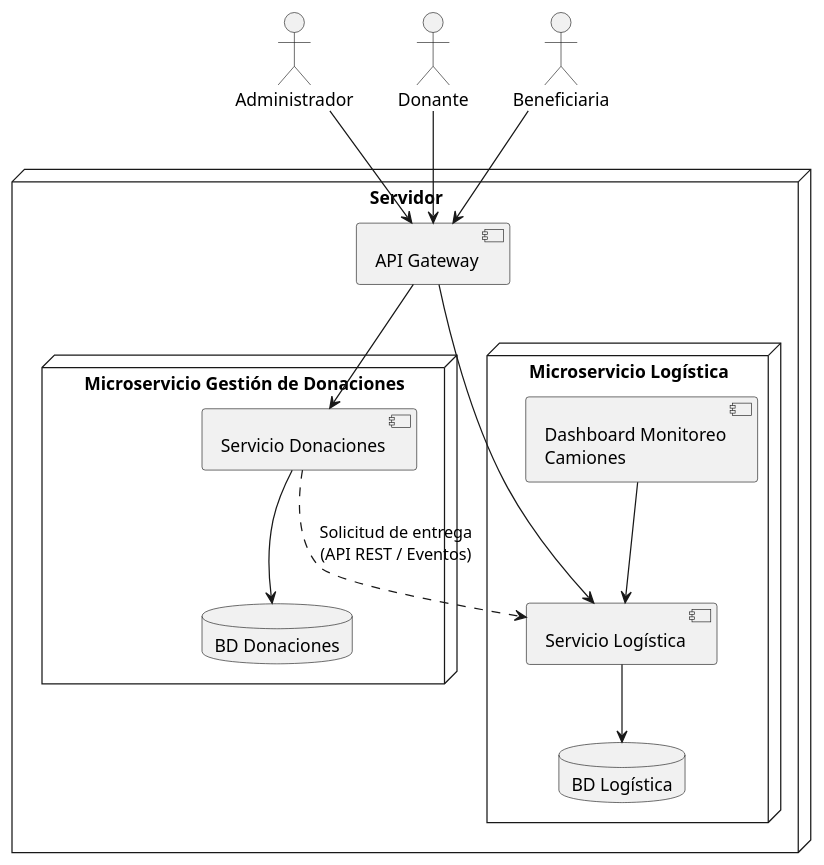
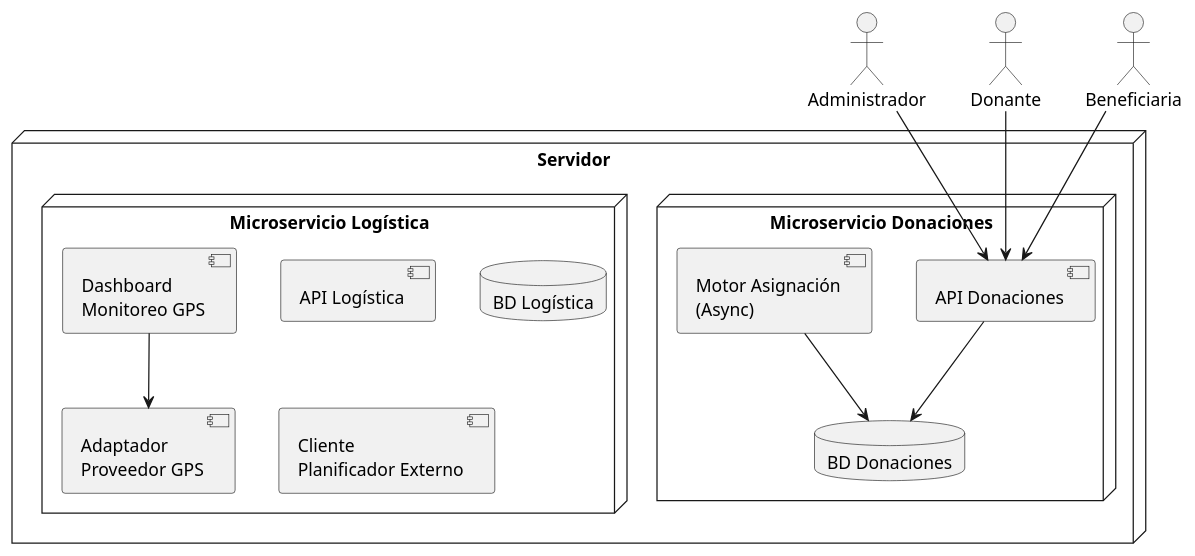
Before and after one commit to snmaccio-dev/TPA-DDS: the diagram in Diagramas/diagramaDeDespliegue_2.puml, drawn with PlantUML. The commit also changed 1 other file, not shown here.

Commit message:
Diagrama de despliegue

```diff
--- a/Diagramas/diagramaDeDespliegue_2.puml
+++ b/Diagramas/diagramaDeDespliegue_2.puml
@@ -1,76 +1,51 @@
 @startuml
 
 actor Administrador
 actor Donante
 actor Beneficiaria
 
+
 node "Servidor" {
 
-    node "Microservicio Gestión de Donaciones" {
 
-        component "Servicio Donaciones" as donaciones
+node "Microservicio Donaciones" {
 
-        database "BD Donaciones" as dbDonaciones
+component "API Donaciones" as apiDonaciones
 
-        donaciones --> dbDonaciones
-    }
+database "BD Donaciones" as bdDonaciones
+
+component "Motor Asignación\n(Async)" as motor
 
 
-    node "Microservicio Logística" {
+apiDonaciones --> bdDonaciones
+motor --> bdDonaciones
 
-        component "Servicio Logística" as logistica
-
-        component "Dashboard Monitoreo\nCamiones" as dashboard
-
-        database "BD Logística" as dbLogistica
-
-        logistica --> dbLogistica
-        dashboard --> logistica
-    }
-
-
-    component "API Gateway" as gateway
-
-    gateway --> donaciones
-    gateway --> logistica
 }
 
 
-Administrador --> gateway
-Donante --> gateway
-Beneficiaria --> gateway
+node "Microservicio Logística" {
+
+component "API Logística" as apiLogistica
+
+database "BD Logística" as bdLogistica
+
+component "Dashboard\nMonitoreo GPS" as dashboard
+
+component "Adaptador\nProveedor GPS" as gps
+
+component "Cliente\nPlanificador Externo" as planner
 
 
-donaciones ..> logistica : Solicitud de entrega\n(API REST / Eventos)
+dashboard --> gps
 
-' ==========================================================
-' División del sistema en dos microservicios buscando:
-' - Alta cohesión interna: cada servicio agrupa funcionalidades
-'   relacionadas a un mismo dominio.
-' - Bajo acoplamiento: los servicios no comparten lógica interna
-'   ni base de datos, comunicándose mediante contratos definidos.
-'
-' Microservicio Gestión de Donaciones:
-'   Responsable de personas, donaciones, bienes y notificaciones.
-'
-' Microservicio Logística:
-'   Responsable de camiones, rutas, entregas, GPS y monitoreo.
-'
-' La comunicación entre servicios se realiza mediante API REST
-' o eventos, evitando dependencia directa entre componentes.
-' ==========================================================
+}
 
-' ===========================================================
-' Decisión de diseño:
-' Se divide el sistema en dos microservicios
-' siguiendo el principio de alta cohesión y bajo acoplamiento.
-' El microservicio de Gestión de Donaciones concentra las operaciones
-' relacionadas con donantes, beneficiarias y donaciones,
-' mientras que el microservicio de Logística concentra la gestión de camiones,
-' rutas y monitoreo en tiempo real. Ambos
-' servicios mantienen sus propios modelos y bases de datos,
-' comunicándose mediante contratos de integración definidos.
 
-' ===========================================================
+}
+
+
+Administrador --> apiDonaciones
+Donante --> apiDonaciones
+Beneficiaria --> apiDonaciones
 
 @enduml
```
